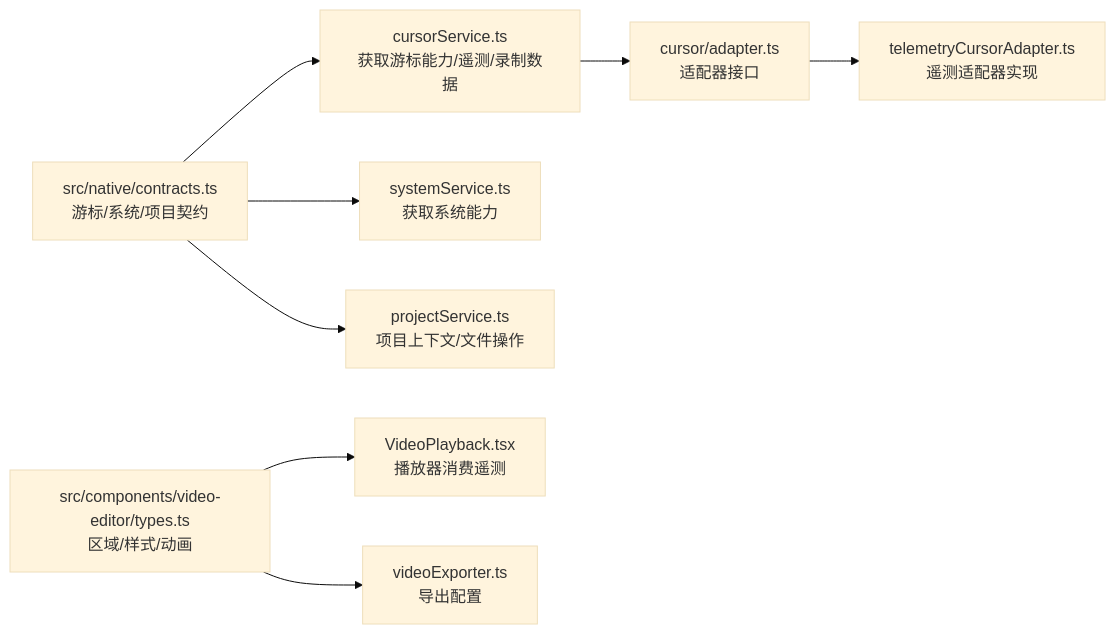
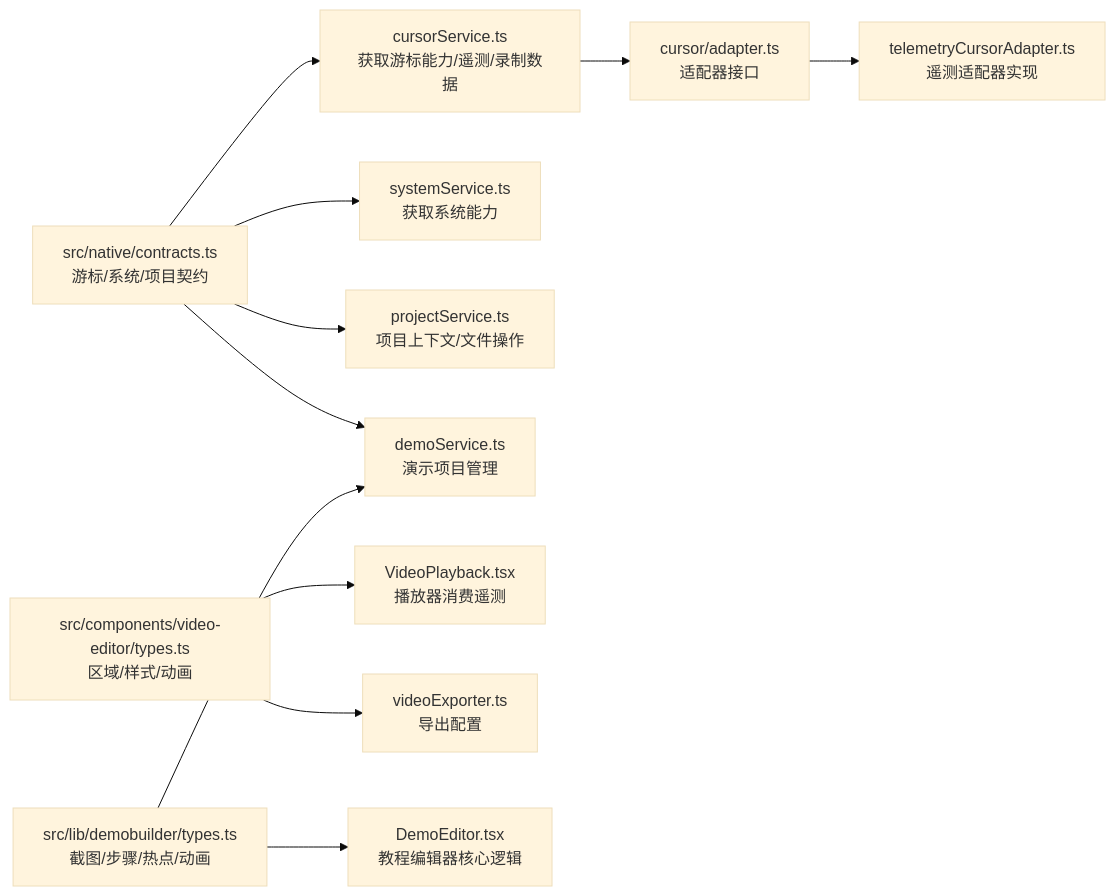
The second of 7 diagrams in .qoder/repowiki/zh/content/API参考/数据类型与接口.md (zhanggmin/openscreen), drawn with Mermaid (base theme) before and after one commit. The commit also changed other lines of this file and 87 other files, not shown here.

````diff
--- a/.qoder/repowiki/zh/content/API参考/数据类型与接口.md
+++ b/.qoder/repowiki/zh/content/API参考/数据类型与接口.md
@@ -254,10 +427,13 @@
 ```mermaid
 graph LR
 Contracts["src/native/contracts.ts<br/>游标/系统/项目契约"] --> CursorSvc["cursorService.ts<br/>获取游标能力/遥测/录制数据"]
 Contracts --> SysSvc["systemService.ts<br/>获取系统能力"]
 Contracts --> ProjSvc["projectService.ts<br/>项目上下文/文件操作"]
+Contracts --> DemoSvc["demoService.ts<br/>演示项目管理"]
 EditorTypes["src/components/video-editor/types.ts<br/>区域/样式/动画"] --> VideoPlayback["VideoPlayback.tsx<br/>播放器消费遥测"]
 EditorTypes --> ExportCfg["videoExporter.ts<br/>导出配置"]
+DemoTypes["src/lib/demobuilder/types.ts<br/>截图/步骤/热点/动画"] --> DemoEditor["DemoEditor.tsx<br/>教程编辑器核心逻辑"]
+DemoTypes --> DemoSvc
 CursorSvc --> Adapter["cursor/adapter.ts<br/>适配器接口"]
 Adapter --> TelemetryAdapter["telemetryCursorAdapter.ts<br/>遥测适配器实现"]
 ```
````
